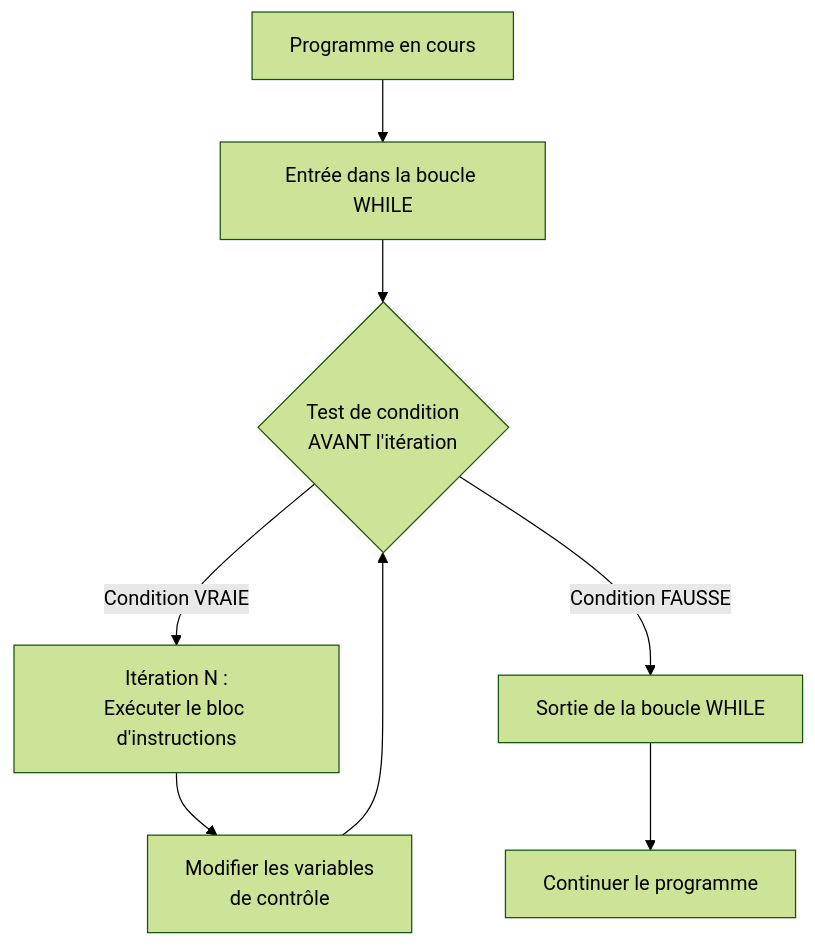
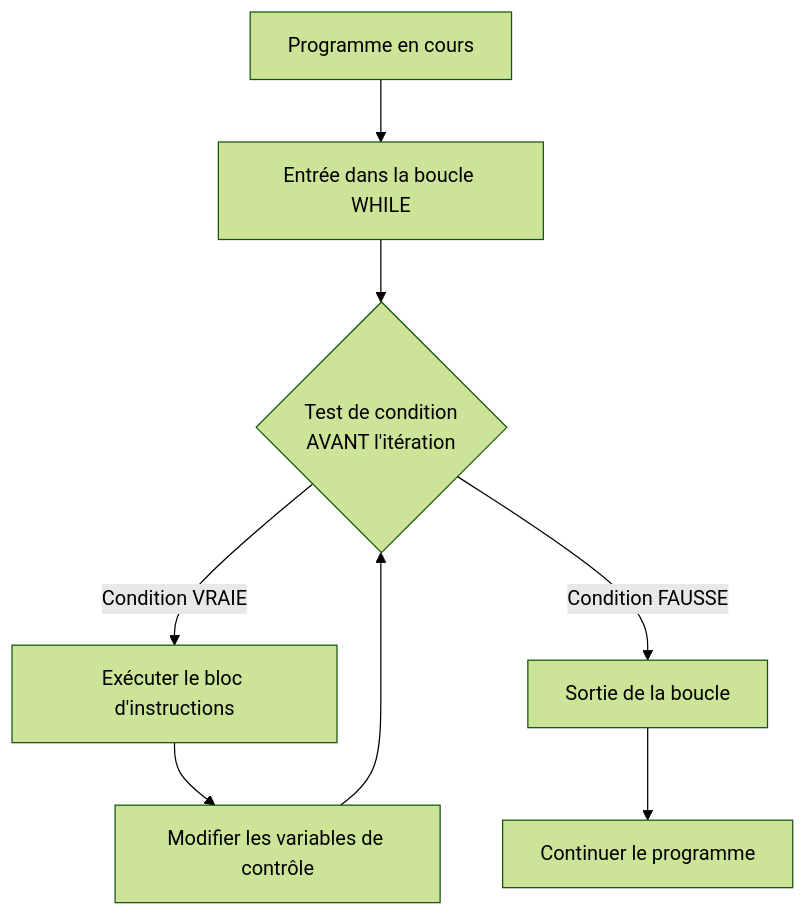
The first of 5 diagrams in docs/bases/fondamentaux/structure-iteratives.md (zyrass/omnydocs), drawn with Mermaid (forest theme) before and after one commit. The commit also changed other lines of this file and 43 other files, not shown here.

````diff
--- a/docs/bases/fondamentaux/structure-iteratives.md
+++ b/docs/bases/fondamentaux/structure-iteratives.md
@@ -65,10 +72,10 @@
 ```mermaid
-graph TD
-    A[Programme en cours] --> B[Entrée dans la boucle WHILE]
-    B --> C{Test de condition<br/>AVANT l'itération}
-    C -->|Condition VRAIE| D[Itération N :<br/>Exécuter le bloc d'instructions]
-    D --> E[Modifier les variables<br/>de contrôle]
-    E --> C
-    C -->|Condition FAUSSE| F[Sortie de la boucle WHILE]
-    F --> G[Continuer le programme]
+flowchart TD
+  A["Programme en cours"] --> B["Entrée dans la boucle WHILE"]
+  B --> C{"Test de condition<br />AVANT l'itération"}
+  C -->|"Condition VRAIE"| D["Exécuter le bloc d'instructions"]
+  D --> E["Modifier les variables de contrôle"]
+  E --> C
+  C -->|"Condition FAUSSE"| F["Sortie de la boucle"]
+  F --> G["Continuer le programme"]
 ```
````
